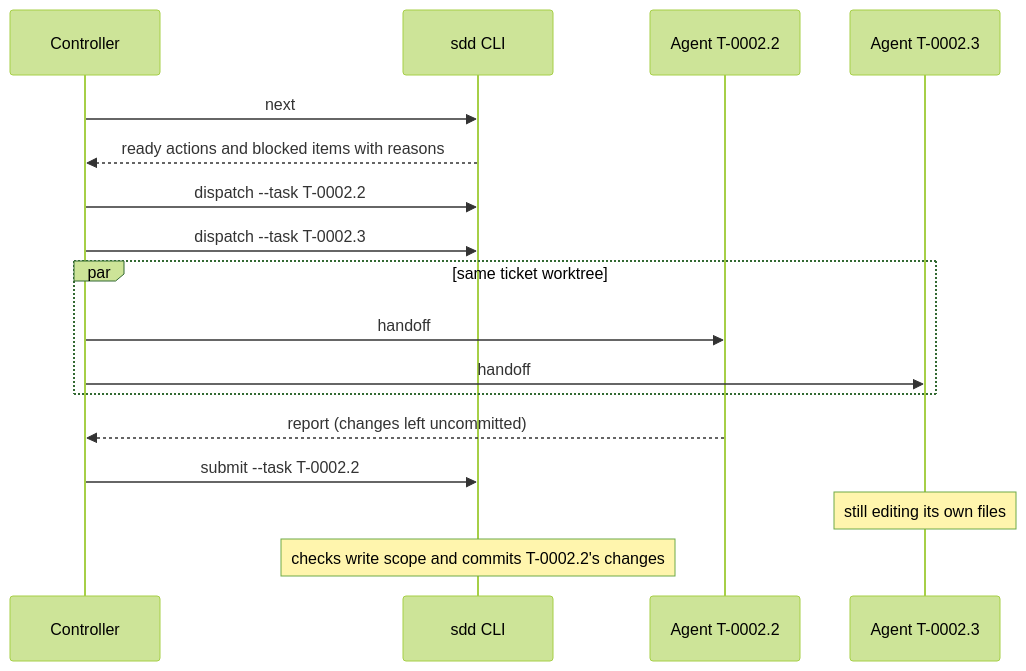
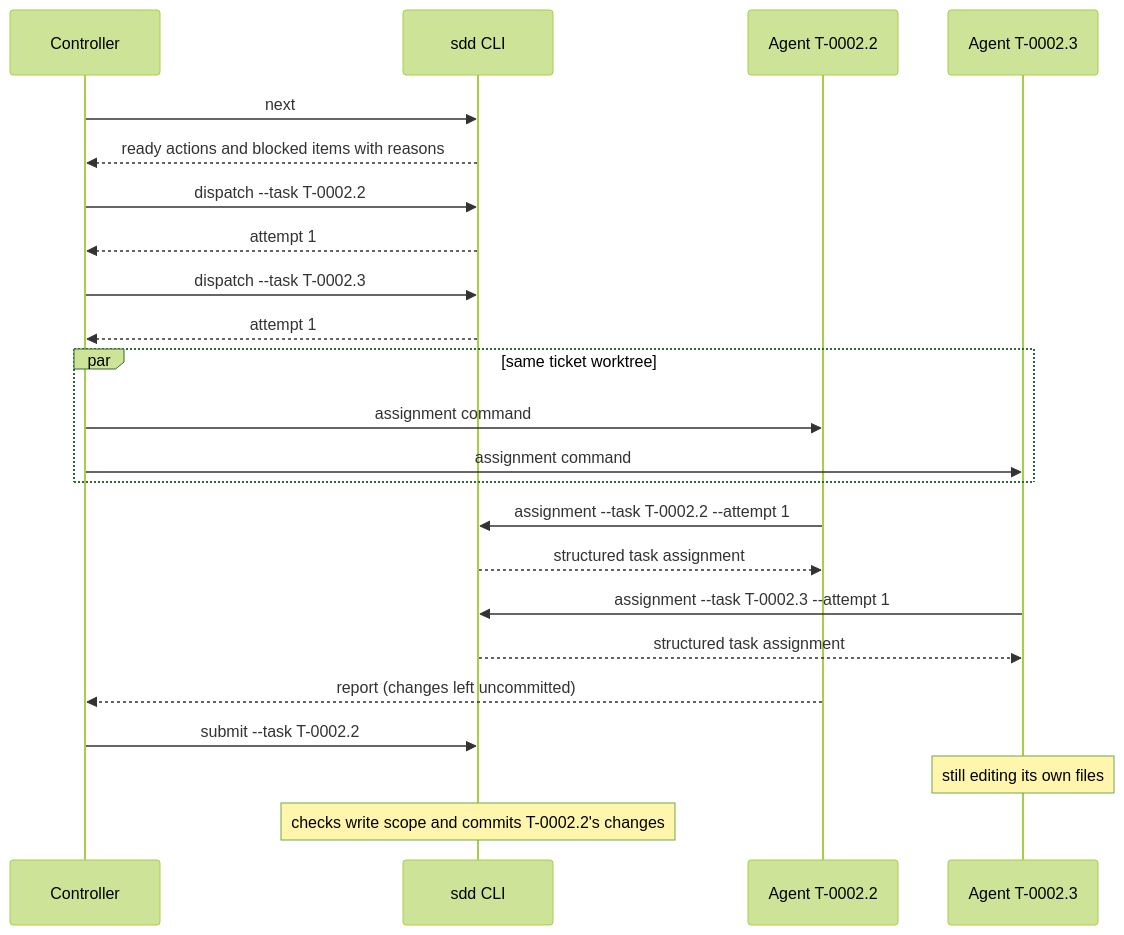
One commit to UseTheFork/spindle changed the third of 7 diagrams in SDD-WORKFLOWS.md. Above: the diagram before and after it, drawn with Mermaid (forest theme). The commit also changed other lines of this file, not shown here.

Commit message:
feat: enhance task assignment process with attempt tracking and commands

````diff
--- a/SDD-WORKFLOWS.md
+++ b/SDD-WORKFLOWS.md
@@ -172,19 +174,25 @@
 ```mermaid
 sequenceDiagram
     participant C as Controller
     participant CLI as sdd CLI
     participant W1 as Agent T-0002.2
     participant W2 as Agent T-0002.3
     C->>CLI: next
     CLI-->>C: ready actions and blocked items with reasons
     C->>CLI: dispatch --task T-0002.2
+    CLI-->>C: attempt 1
     C->>CLI: dispatch --task T-0002.3
+    CLI-->>C: attempt 1
     par same ticket worktree
-        C->>W1: handoff
-        C->>W2: handoff
+        C->>W1: assignment command
+        C->>W2: assignment command
     end
+    W1->>CLI: assignment --task T-0002.2 --attempt 1
+    CLI-->>W1: structured task assignment
+    W2->>CLI: assignment --task T-0002.3 --attempt 1
+    CLI-->>W2: structured task assignment
     W1-->>C: report (changes left uncommitted)
     C->>CLI: submit --task T-0002.2
     Note over W2: still editing its own files
     Note over CLI: checks write scope and commits T-0002.2's changes
 ```
````
